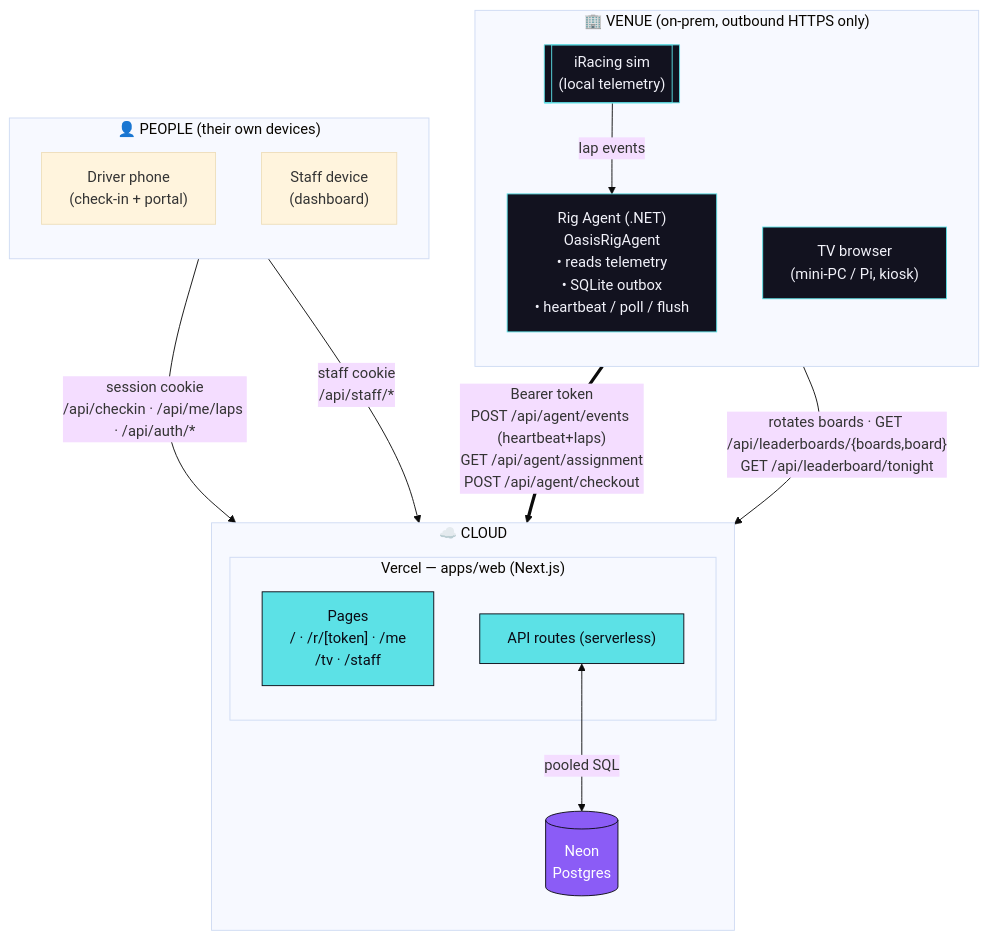
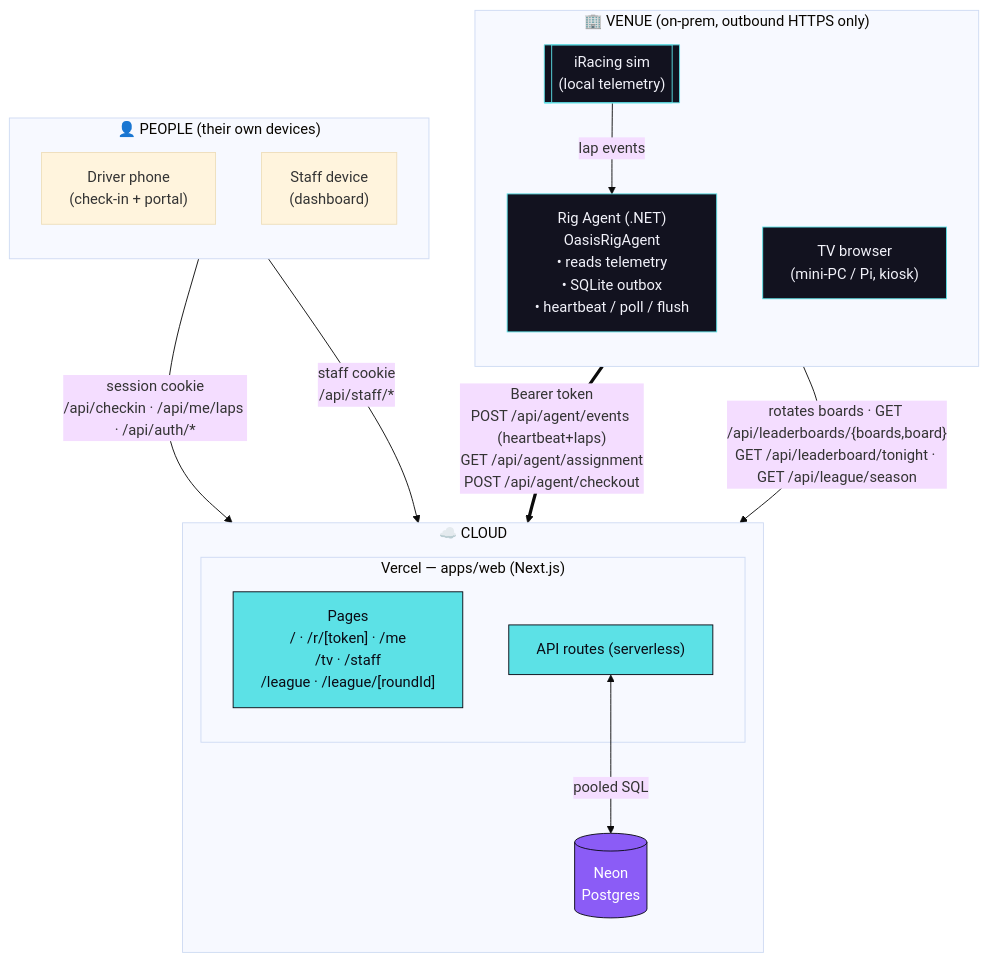
One commit to codyjohnsontx/oasisRaceControl changed the diagram in docs/architecture.md. Above: the diagram before and after it, drawn with Mermaid (base theme). The commit also changed other lines of this file and 29 other files, not shown here.

First line of the commit message:
feat(web): add league night rounds, season standings, and a /tv league board (#15)

````diff
--- a/docs/architecture.md
+++ b/docs/architecture.md
@@ -9,38 +9,38 @@
 ```mermaid
 flowchart TB
     subgraph venue["🏢 VENUE (on-prem, outbound HTTPS only)"]
         direction TB
         iracing[["iRacing sim<br/>(local telemetry)"]]
         agent["Rig Agent (.NET)<br/>OasisRigAgent<br/>• reads telemetry<br/>• SQLite outbox<br/>• heartbeat / poll / flush"]
         tv["TV browser<br/>(mini-PC / Pi, kiosk)"]
         iracing -->|"lap events"| agent
     end
 
     subgraph people["👤 PEOPLE (their own devices)"]
         direction TB
         driver["Driver phone<br/>(check-in + portal)"]
         staff["Staff device<br/>(dashboard)"]
     end
 
     subgraph cloud["☁️ CLOUD"]
         direction TB
         subgraph vercel["Vercel — apps/web (Next.js)"]
-            pages["Pages<br/>/ · /r/[token] · /me<br/>/tv · /staff"]
+            pages["Pages<br/>/ · /r/[token] · /me<br/>/tv · /staff<br/>/league · /league/[roundId]"]
             api["API routes (serverless)"]
         end
         neon[("Neon<br/>Postgres")]
         api <-->|"pooled SQL"| neon
     end
 
     agent ==>|"Bearer token<br/>POST /api/agent/events (heartbeat+laps)<br/>GET /api/agent/assignment<br/>POST /api/agent/checkout"| api
-    tv -->|"rotates boards · GET /api/leaderboards/{boards,board}<br/>GET /api/leaderboard/tonight"| api
+    tv -->|"rotates boards · GET /api/leaderboards/{boards,board}<br/>GET /api/leaderboard/tonight · GET /api/league/season"| api
     driver -->|"session cookie<br/>/api/checkin · /api/me/laps · /api/auth/*"| api
     staff -->|"staff cookie<br/>/api/staff/*"| api
 
     classDef cloudcls fill:#5ce1e6,stroke:#0a0a14,color:#0a0a14;
     classDef db fill:#8b5cf6,stroke:#0a0a14,color:#fff;
     classDef venuecls fill:#12121f,stroke:#5ce1e6,color:#f2f2fa;
     class api,pages cloudcls;
     class neon db;
     class agent,tv,iracing venuecls;
 ```
````
